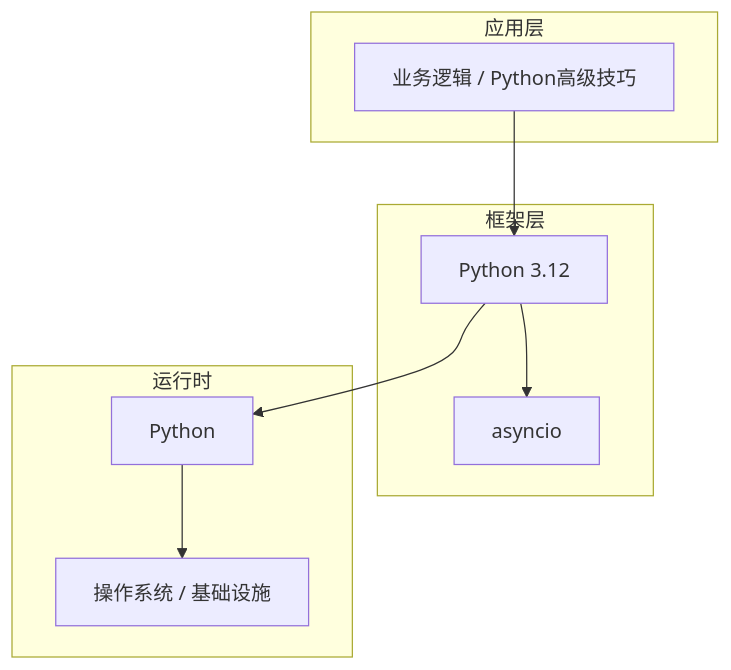
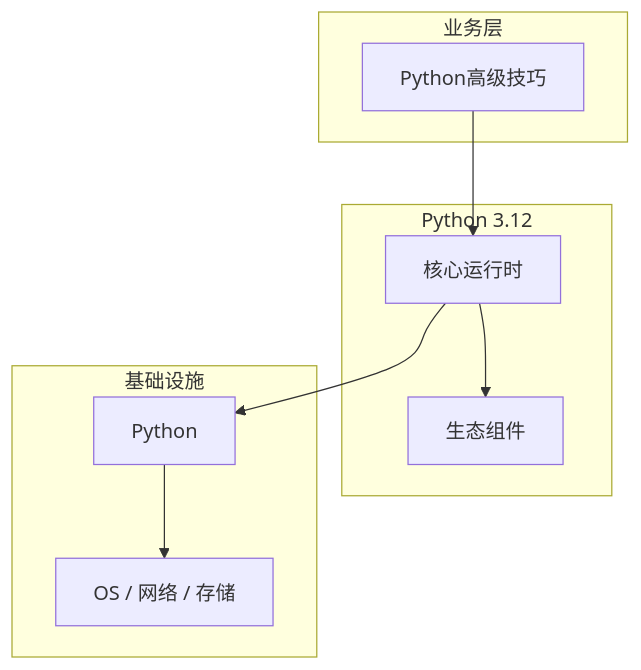
Before and after one commit to yanggan2015/knowledge-json-v2: the diagram in articles/Python高级/chapters/113-Python高级技巧核心概念与原理.md, drawn with Mermaid. The commit also changed other lines of this file and 10127 other files, not shown here.

````diff
--- a/articles/Python高级/chapters/113-Python高级技巧核心概念与原理.md
+++ b/articles/Python高级/chapters/113-Python高级技巧核心概念与原理.md
@@ -45,18 +34,18 @@
 ```mermaid
 graph TB
-    subgraph 应用层
-        A[业务逻辑 / Python高级技巧]
+    subgraph 业务层
+        A[Python高级技巧]
     end
-    subgraph 框架层
-        B[Python 3.12]
-        C[asyncio]
+    subgraph Python 3.12
+        B[核心运行时]
+        C[生态组件]
     end
-    subgraph 运行时
+    subgraph 基础设施
         D[Python]
-        E[操作系统 / 基础设施]
+        E[OS / 网络 / 存储]
     end
     A --> B
     B --> C
     B --> D
     D --> E
 ```
````
